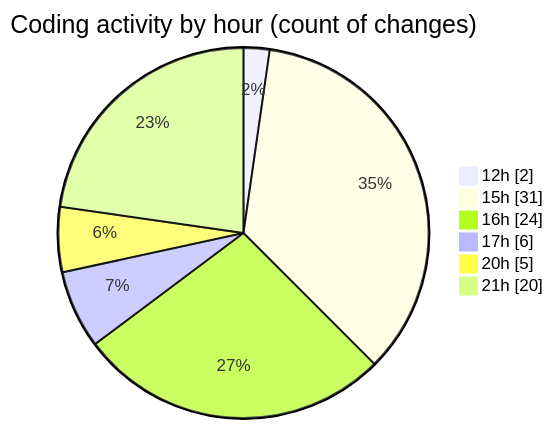
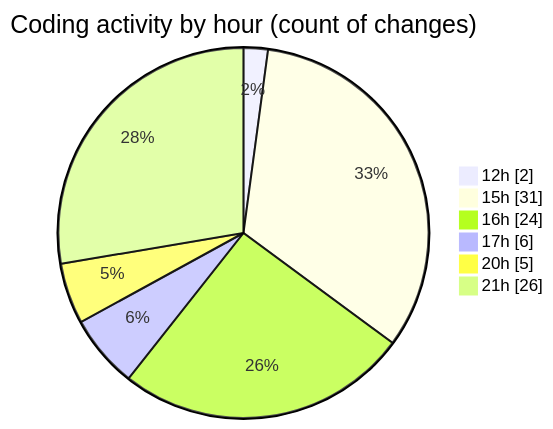
Before and after one commit to momahboobian/code-tracking: the second of 2 diagrams in 2025-02-26/cda/README.md, drawn with Mermaid. The commit also changed other lines of this file and 1 other file, not shown here.

````diff
--- a/2025-02-26/cda/README.md
+++ b/2025-02-26/cda/README.md
@@ -46,10 +46,10 @@
 ```mermaid
 pie showData
 title Coding activity by hour (count of changes)
 "12h" : 2
 "15h" : 31
 "16h" : 24
 "17h" : 6
 "20h" : 5
-"21h" : 20
+"21h" : 26
 ```
````
